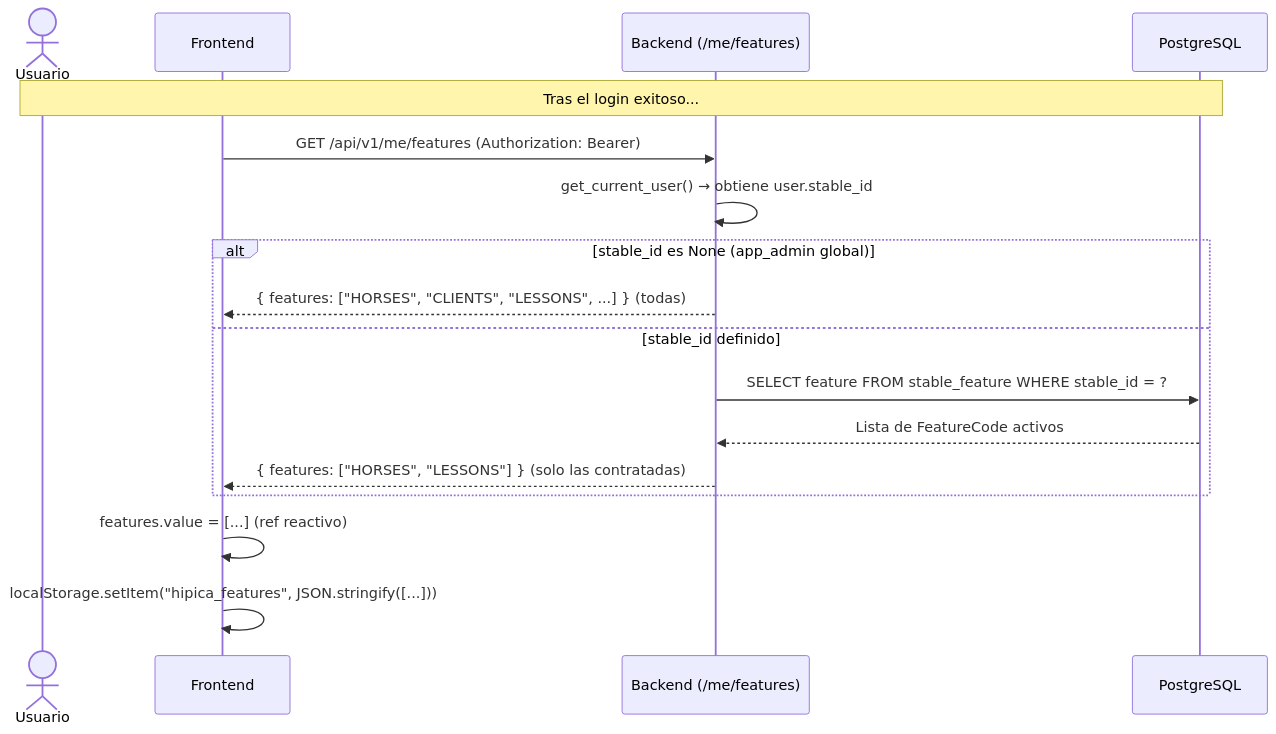
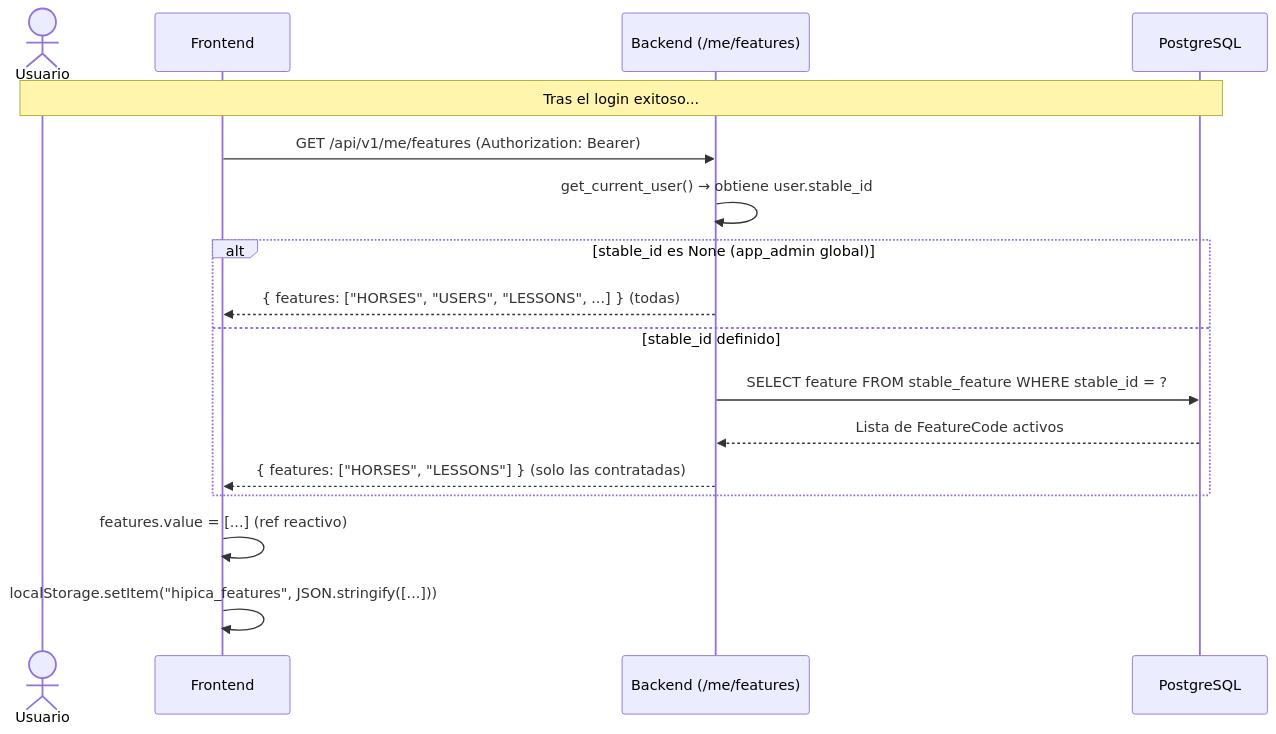
Before and after one commit to Adria82/hipica-backend: the diagram in docs/features/licenciamiento-por-features.md, drawn with Mermaid. The commit also changed other lines of this file and 26 other files, not shown here.

````diff
--- a/docs/features/licenciamiento-por-features.md
+++ b/docs/features/licenciamiento-por-features.md
@@ -28,21 +30,21 @@
 ```mermaid
 sequenceDiagram
     actor U as Usuario
     participant F as Frontend
     participant B as Backend (/me/features)
     participant DB as PostgreSQL
 
     Note over U,DB: Tras el login exitoso...
 
     F->>B: GET /api/v1/me/features (Authorization: Bearer)
     B->>B: get_current_user() → obtiene user.stable_id
     alt stable_id es None (app_admin global)
-        B-->>F: { features: ["HORSES", "CLIENTS", "LESSONS", ...] } (todas)
+        B-->>F: { features: ["HORSES", "USERS", "LESSONS", ...] } (todas)
     else stable_id definido
         B->>DB: SELECT feature FROM stable_feature WHERE stable_id = ?
         DB-->>B: Lista de FeatureCode activos
         B-->>F: { features: ["HORSES", "LESSONS"] } (solo las contratadas)
     end
     F->>F: features.value = [...] (ref reactivo)
     F->>F: localStorage.setItem("hipica_features", JSON.stringify([...]))
 ```
````
